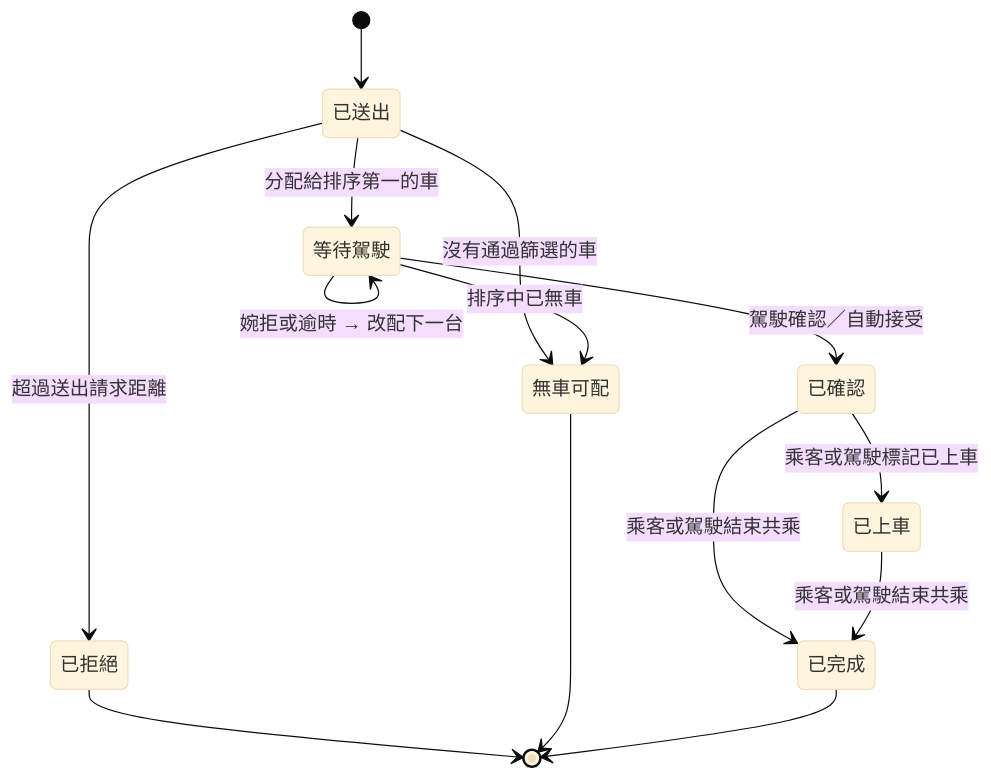
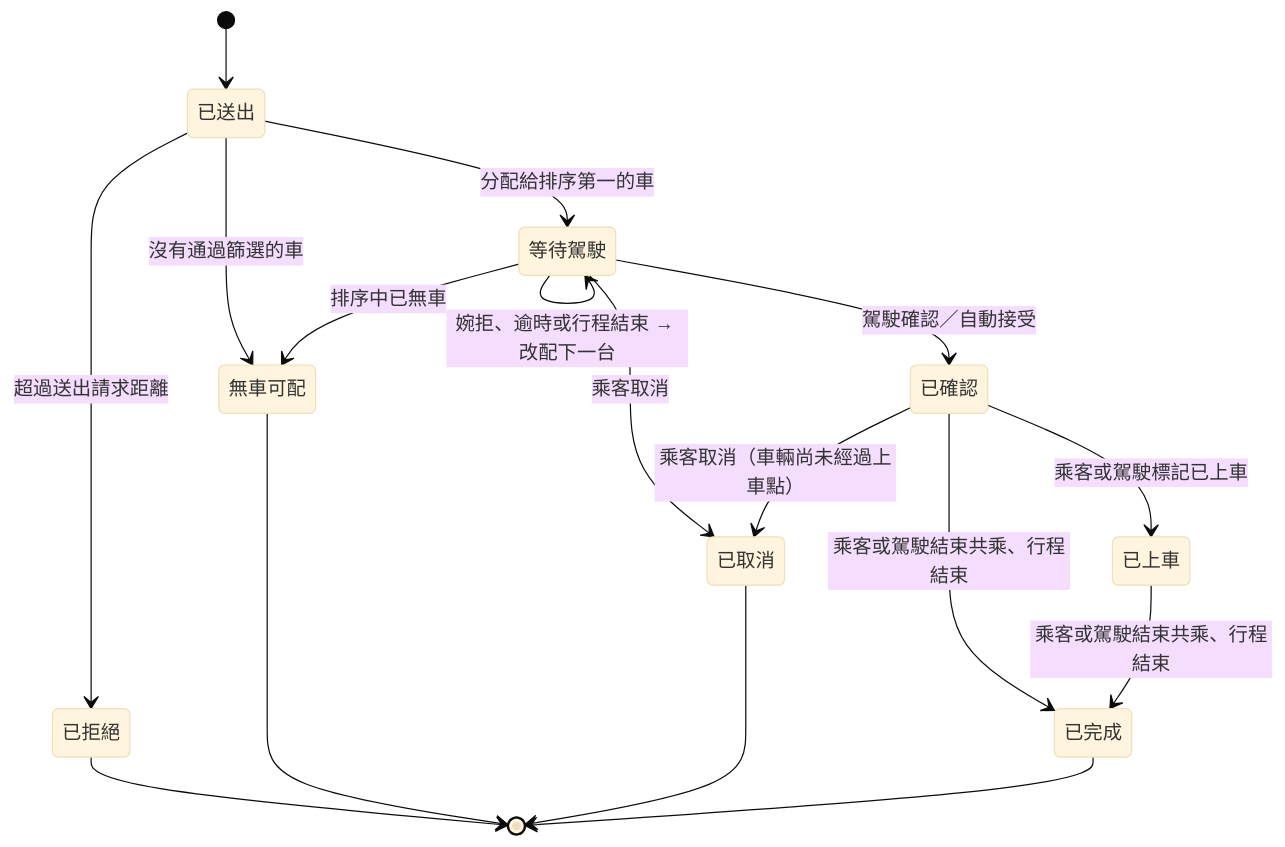
The eighth of 13 diagrams in docs/design.md (sohoffice/debugthon-carpool), drawn with Mermaid (base theme) before and after one commit. The commit also changed other lines of this file and 2 other files, not shown here.

````diff
--- a/docs/design.md
+++ b/docs/design.md
@@ -807,16 +825,19 @@
 ```mermaid
 stateDiagram-v2
     [*] --> 已送出
     已送出 --> 已拒絕: 超過送出請求距離
     已送出 --> 等待駕駛: 分配給排序第一的車
     已送出 --> 無車可配: 沒有通過篩選的車
     等待駕駛 --> 已確認: 駕駛確認／自動接受
-    等待駕駛 --> 等待駕駛: 婉拒或逾時 → 改配下一台
+    等待駕駛 --> 等待駕駛: 婉拒、逾時或行程結束 → 改配下一台
     等待駕駛 --> 無車可配: 排序中已無車
+    等待駕駛 --> 已取消: 乘客取消
+    已確認 --> 已取消: 乘客取消（車輛尚未經過上車點）
     已確認 --> 已上車: 乘客或駕駛標記已上車
-    已確認 --> 已完成: 乘客或駕駛結束共乘
-    已上車 --> 已完成: 乘客或駕駛結束共乘
+    已確認 --> 已完成: 乘客或駕駛結束共乘、行程結束
+    已上車 --> 已完成: 乘客或駕駛結束共乘、行程結束
     已拒絕 --> [*]
     無車可配 --> [*]
+    已取消 --> [*]
     已完成 --> [*]
 ```
````
